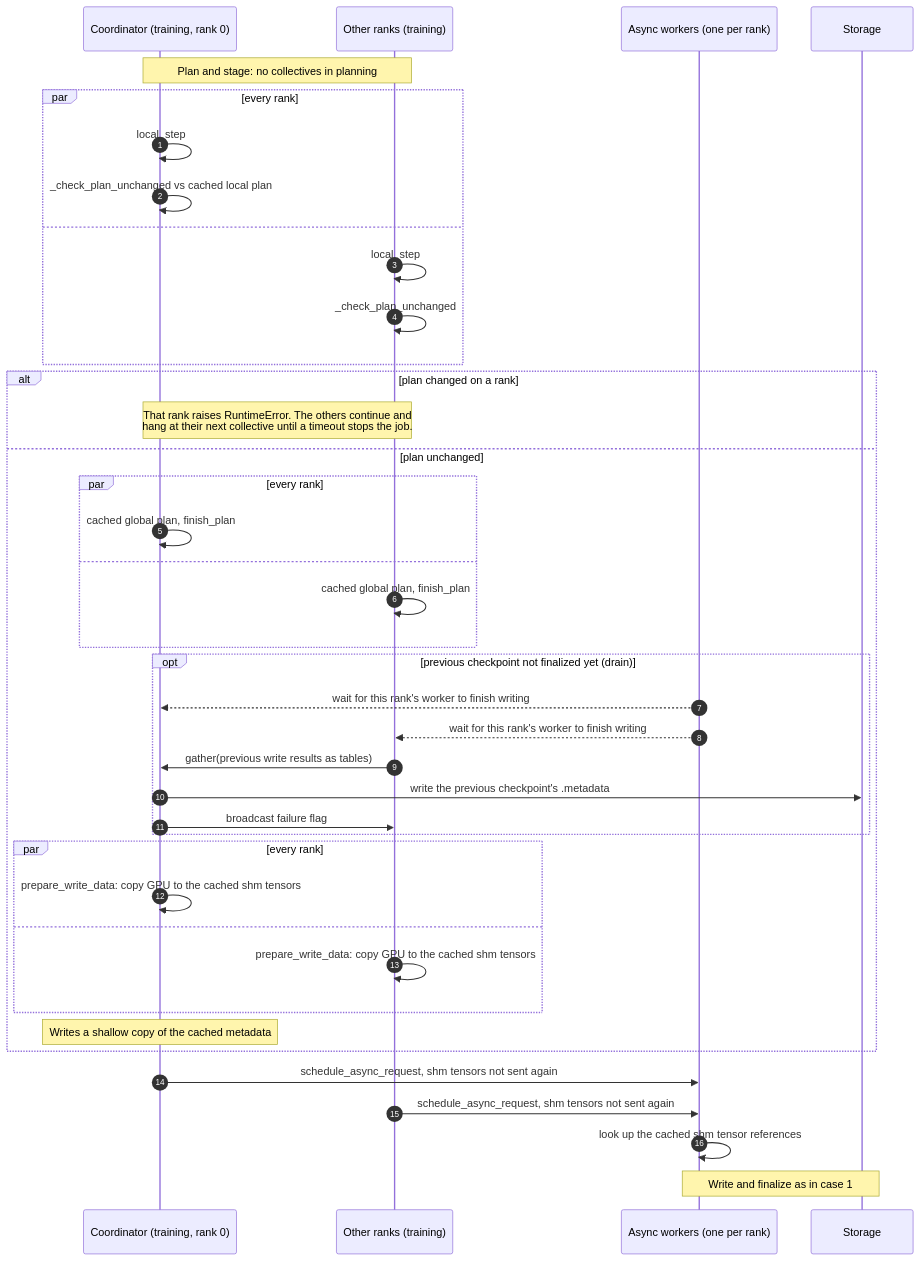
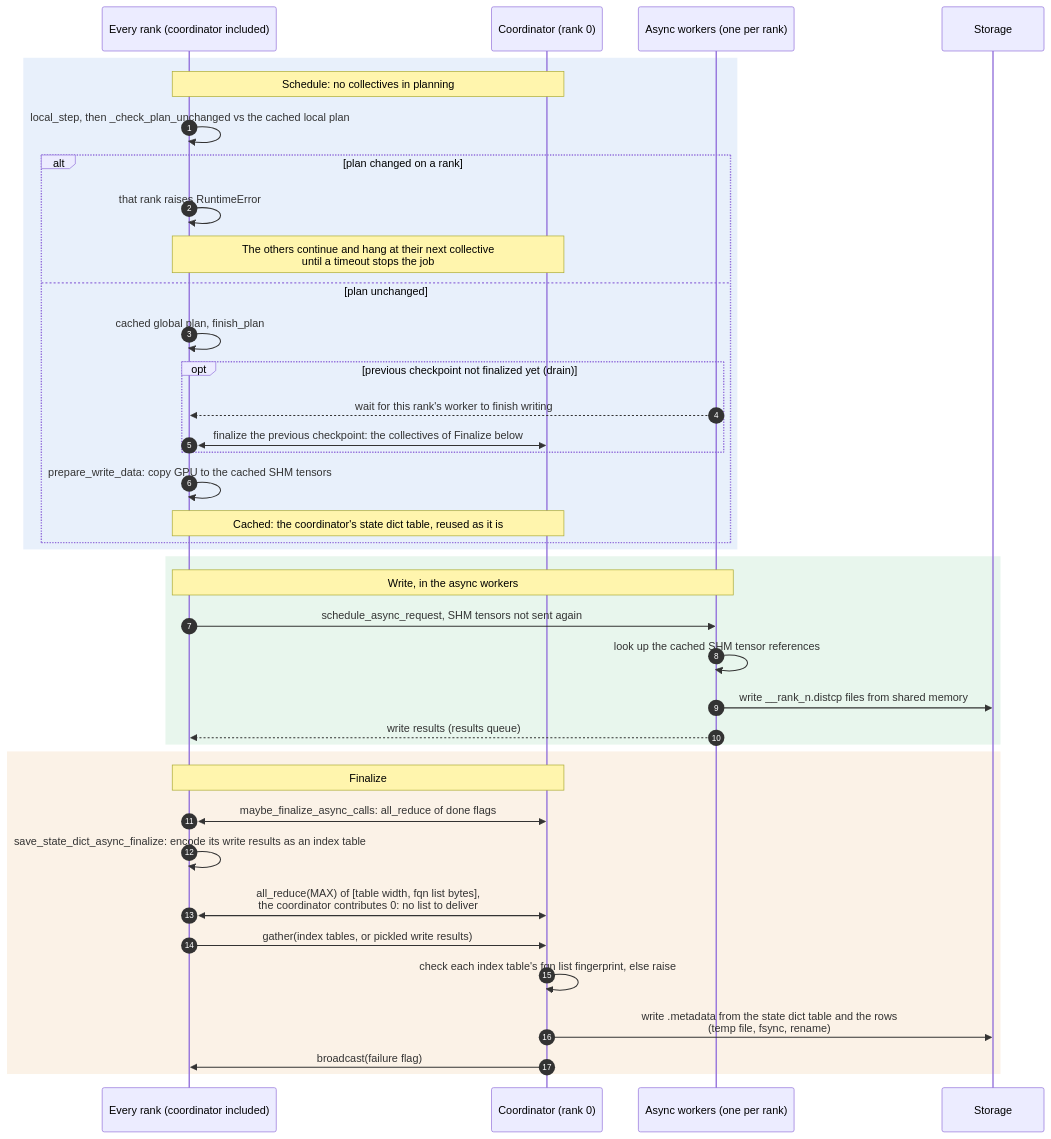
One commit to NVIDIA/nvidia-resiliency-ext changed the fourth of 4 diagrams in docs/design/checkpoint/ASYNC_SAVE.md. Above: the diagram before and after it, drawn with Mermaid. The commit also changed other lines of this file and 31 other files, not shown here.

First line of the commit message:
Merge pull request #454 from NVIDIA/metadata-state-table

````diff
--- a/docs/design/checkpoint/ASYNC_SAVE.md
+++ b/docs/design/checkpoint/ASYNC_SAVE.md
@@ -102,44 +343,44 @@
 ```mermaid
 sequenceDiagram
     autonumber
-    participant C as Coordinator (training, rank 0)
-    participant R as Other ranks (training)
+    participant R as Every rank (coordinator included)
+    participant C as Coordinator (rank 0)
     participant W as Async workers (one per rank)
     participant S as Storage
 
-    Note over C,R: Plan and stage: no collectives in planning
-    par every rank
-        C->>C: local_step
-        C->>C: _check_plan_unchanged vs cached local plan
-    and
-        R->>R: local_step
-        R->>R: _check_plan_unchanged
+    rect rgba(70, 130, 220, 0.12)
+    Note over R,C: Schedule: no collectives in planning
+    R->>R: local_step, then _check_plan_unchanged vs the cached local plan
+    alt plan changed on a rank
+        R->>R: that rank raises RuntimeError
+        Note over R,C: The others continue and hang at their next collective<br/>until a timeout stops the job
+    else plan unchanged
+        R->>R: cached global plan, finish_plan
+        opt previous checkpoint not finalized yet (drain)
+            W-->>R: wait for this rank's worker to finish writing
+            R<<->>C: finalize the previous checkpoint: the collectives of Finalize below
+        end
+        R->>R: prepare_write_data: copy GPU to the cached SHM tensors
+        Note over R,C: Cached: the coordinator's state dict table, reused as it is
     end
-    alt plan changed on a rank
-        Note over C,R: That rank raises RuntimeError. The others continue and<br/>hang at their next collective until a timeout stops the job.
-    else plan unchanged
-        par every rank
-            C->>C: cached global plan, finish_plan
-        and
-            R->>R: cached global plan, finish_plan
-        end
-        opt previous checkpoint not finalized yet (drain)
-            W-->>C: wait for this rank's worker to finish writing
-            W-->>R: wait for this rank's worker to finish writing
-            R->>C: gather(previous write results as tables)
-            C->>S: write the previous checkpoint's .metadata
-            C->>R: broadcast failure flag
-        end
-        par every rank
-            C->>C: prepare_write_data: copy GPU to the cached shm tensors
-        and
-            R->>R: prepare_write_data: copy GPU to the cached shm tensors
-        end
-        Note over C: Writes a shallow copy of the cached metadata
     end
 
-    C->>W: schedule_async_request, shm tensors not sent again
-    R->>W: schedule_async_request, shm tensors not sent again
-    W->>W: look up the cached shm tensor references
-    Note over W,S: Write and finalize as in case 1
+    rect rgba(70, 180, 110, 0.12)
+    Note over R,W: Write, in the async workers
+    R->>W: schedule_async_request, SHM tensors not sent again
+    W->>W: look up the cached SHM tensor references
+    W->>S: write __rank_n.distcp files from shared memory
+    W-->>R: write results (results queue)
+    end
+
+    rect rgba(220, 150, 60, 0.12)
+    Note over R,C: Finalize
+    R<<->>C: maybe_finalize_async_calls: all_reduce of done flags
+    R->>R: save_state_dict_async_finalize: encode its write results as an index table
+    R<<->>C: all_reduce(MAX) of [table width, fqn list bytes],<br/>the coordinator contributes 0: no list to deliver
+    R->>C: gather(index tables, or pickled write results)
+    C->>C: check each index table's fqn list fingerprint, else raise
+    C->>S: write .metadata from the state dict table and the rows<br/>(temp file, fsync, rename)
+    C->>R: broadcast(failure flag)
+    end
 ```
````
